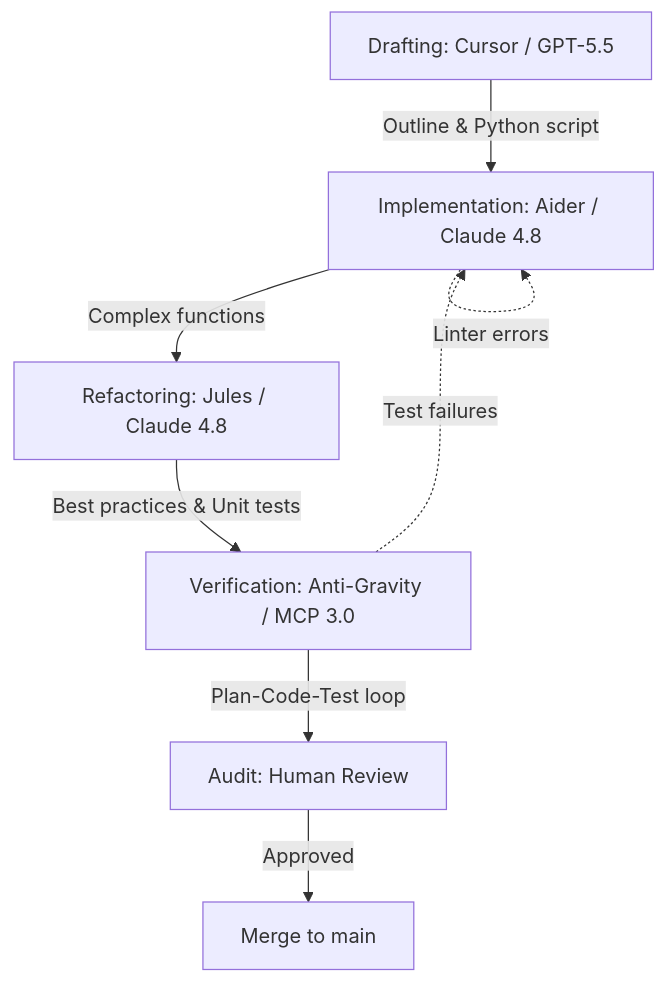
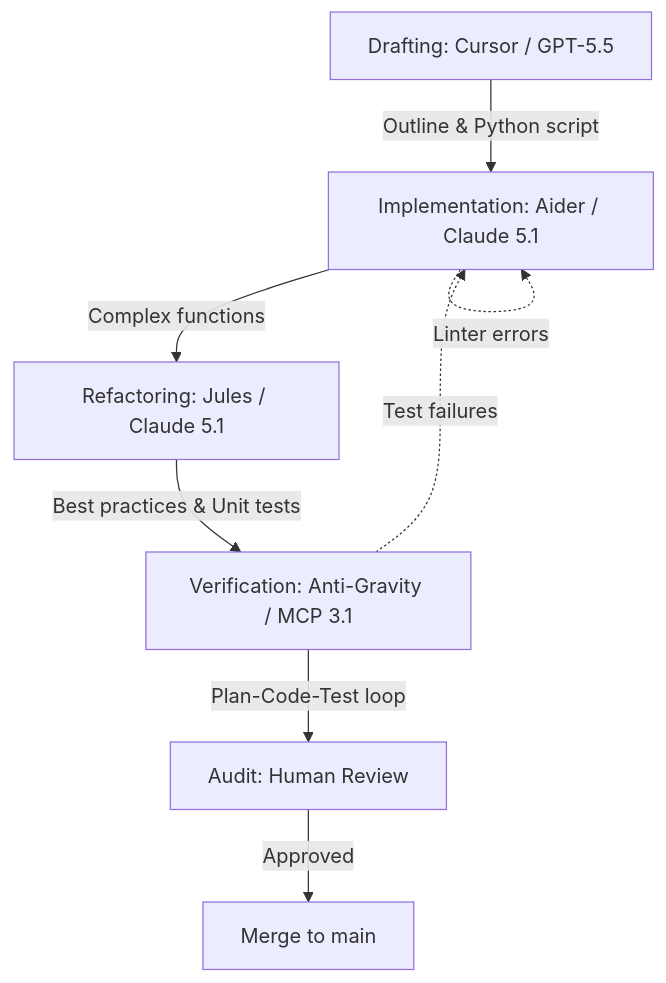
Before and after one commit to joanmarcriera/Home-office-automations: the diagram in docs/playbooks/dev-workflow-ai-assisted.md, drawn with Mermaid. The commit also changed other lines of this file and 5 other files, not shown here.

````diff
--- a/docs/playbooks/dev-workflow-ai-assisted.md
+++ b/docs/playbooks/dev-workflow-ai-assisted.md
@@ -59,10 +59,10 @@
 ```mermaid
 flowchart TD
-    A[Drafting: Cursor / GPT-5.5] -->|Outline & Python script| B[Implementation: Aider / Claude 4.8]
-    B -->|Complex functions| C[Refactoring: Jules / Claude 4.8]
-    C -->|Best practices & Unit tests| D[Verification: Anti-Gravity / MCP 3.0]
+    A[Drafting: Cursor / GPT-5.5] -->|Outline & Python script| B[Implementation: Aider / Claude 5.1]
+    B -->|Complex functions| C[Refactoring: Jules / Claude 5.1]
+    C -->|Best practices & Unit tests| D[Verification: Anti-Gravity / MCP 3.1]
     D -->|Plan-Code-Test loop| E[Audit: Human Review]
     E -->|Approved| F[Merge to main]
     B -.->|Linter errors| B
     D -.->|Test failures| B
 ```
````
